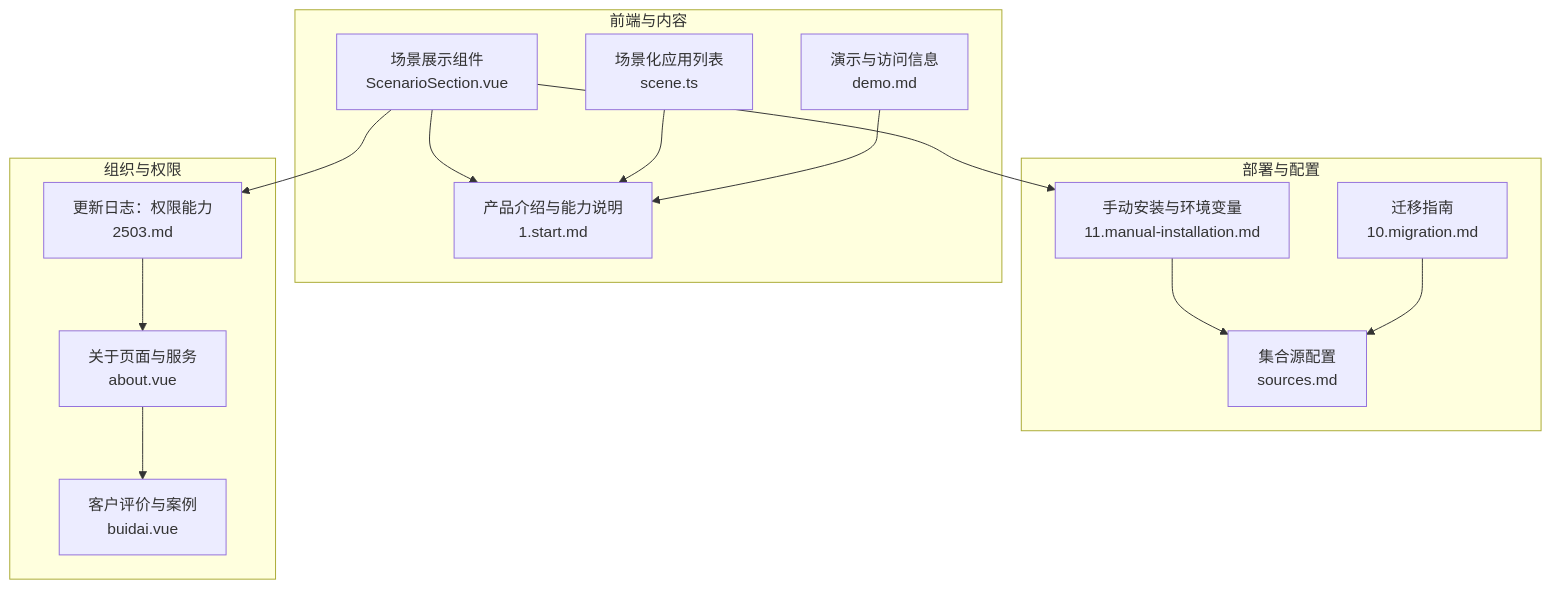
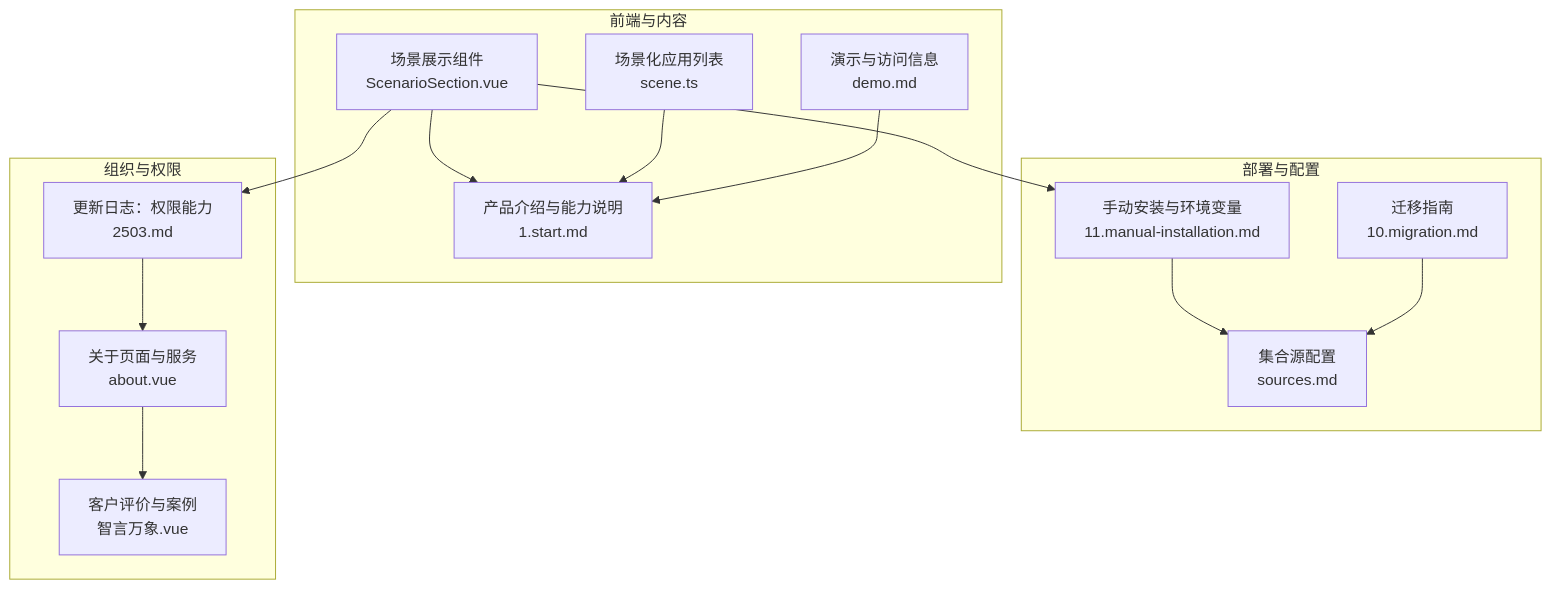
One commit to lllyyysss77/buidai changed the second of 6 diagrams in .qoder/repowiki/zh/content/核心功能/行业场景解决方案/行业场景解决方案.md. Above: the diagram before and after it, drawn with Mermaid. The commit also changed other lines of this file and 163 other files, not shown here.

````diff
--- a/.qoder/repowiki/zh/content/核心功能/行业场景解决方案/行业场景解决方案.md
+++ b/.qoder/repowiki/zh/content/核心功能/行业场景解决方案/行业场景解决方案.md
@@ -93,28 +93,28 @@
 ```mermaid
 graph TB
 subgraph "前端与内容"
 S["场景展示组件<br/>ScenarioSection.vue"]
 U["场景化应用列表<br/>scene.ts"]
 D["产品介绍与能力说明<br/>1.start.md"]
 M["演示与访问信息<br/>demo.md"]
 end
 subgraph "部署与配置"
 I["手动安装与环境变量<br/>11.manual-installation.md"]
 F["集合源配置<br/>sources.md"]
 G["迁移指南<br/>10.migration.md"]
 end
 subgraph "组织与权限"
 R["更新日志：权限能力<br/>2503.md"]
 A["关于页面与服务<br/>about.vue"]
-B["客户评价与案例<br/>buidai.vue"]
+B["客户评价与案例<br/>智言万象.vue"]
 end
 S --> D
 S --> I
 S --> R
 U --> D
 I --> F
 G --> F
 R --> A
 A --> B
 M --> D
 ```
````
